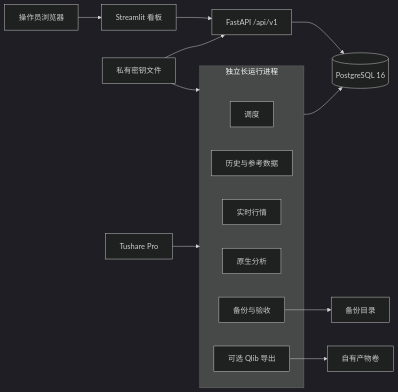
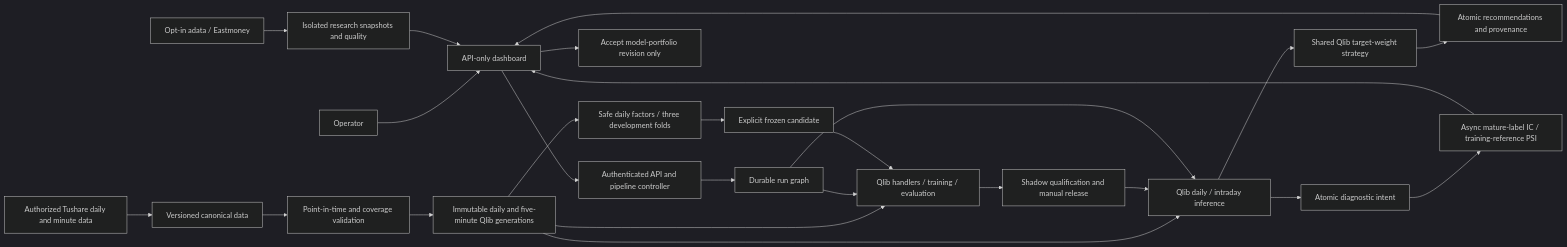
One commit to youtaya/quap changed the diagram in docs/系统框架.md. Above: the diagram before and after it, drawn with Mermaid (dark theme). The commit also changed other lines of this file and 76 other files, not shown here.

Commit message:
feat: add qlib workflow, research experiments, and analysis modules

````diff
--- a/docs/系统框架.md
+++ b/docs/系统框架.md
@@ -11,20 +11,27 @@
 ```mermaid
 flowchart LR
-  operator[操作员浏览器] --> dashboard[Streamlit 看板]
-  dashboard --> api[FastAPI /api/v1]
-  secrets[私有密钥文件] --> api
-  secrets --> workers
-  tushare[Tushare Pro] --> workers
-  subgraph workers [独立长运行进程]
-    scheduler[调度]
-    history[历史与参考数据]
-    quotes[实时行情]
-    analysis[原生分析]
-    operations[备份与验收]
-    qlib[可选 Qlib 导出]
-  end
-  api --> pg[(PostgreSQL 16)]
-  workers --> pg
-  operations --> backups[备份目录]
-  qlib --> artifacts[自有产物卷]
+  operator[Operator] --> dashboard[API-only dashboard]
+  dashboard --> api[Authenticated API and pipeline controller]
+  api --> runs[Durable run graph]
+  source[Authorized Tushare daily and minute data] --> raw[Versioned canonical data]
+  raw --> quality[Point-in-time and coverage validation]
+  quality --> data[Immutable daily and five-minute Qlib generations]
+  data --> train[Qlib handlers / training / evaluation]
+  train --> release[Shadow qualification and manual release]
+  data --> infer[Qlib daily / intraday inference]
+  release --> infer
+  infer --> strategy[Shared Qlib target-weight strategy]
+  strategy --> reports[Atomic recommendations and provenance]
+  reports --> dashboard
+  dashboard --> accept[Accept model-portfolio revision only]
+  runs --> train
+  runs --> infer
+  supplement[Opt-in adata / Eastmoney] --> quarantine[Isolated research snapshots and quality]
+  quarantine --> dashboard
+  data --> experiments[Safe daily factors / three development folds]
+  experiments --> freeze[Explicit frozen candidate]
+  freeze --> train
+  infer --> intent[Atomic diagnostic intent]
+  intent --> diagnostics[Async mature-label IC / training-reference PSI]
+  diagnostics --> dashboard
 ```
````
